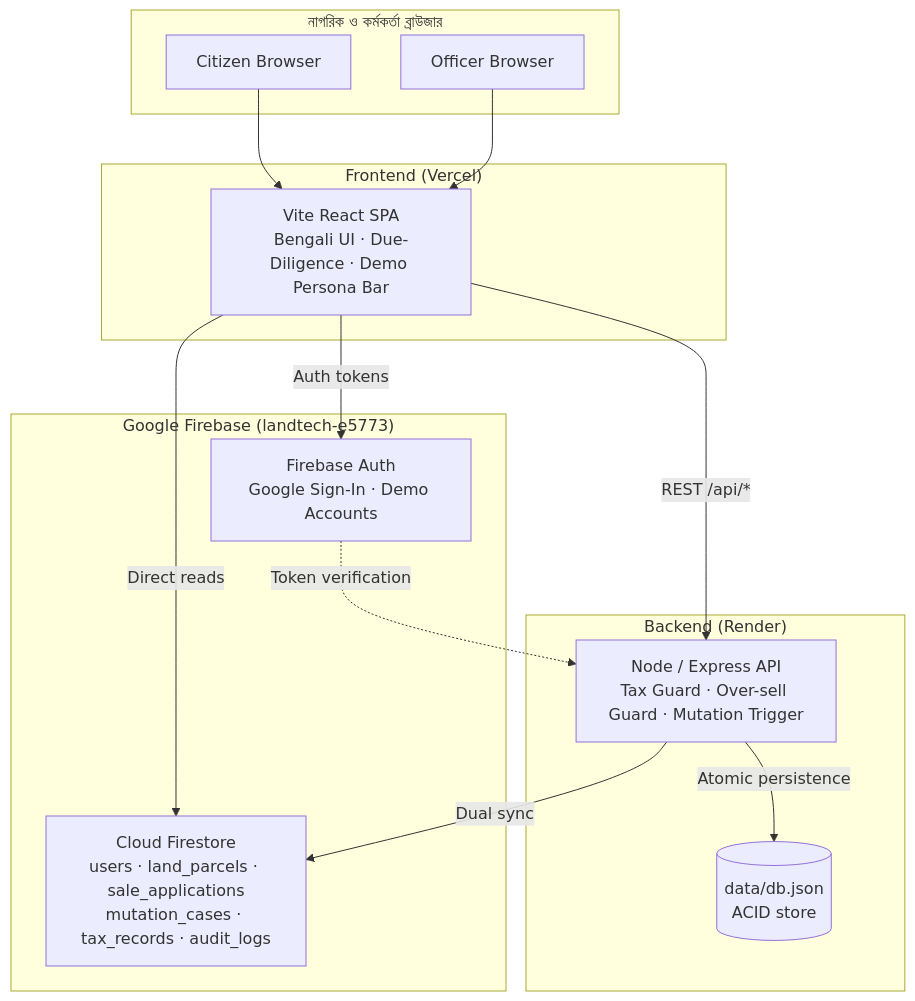
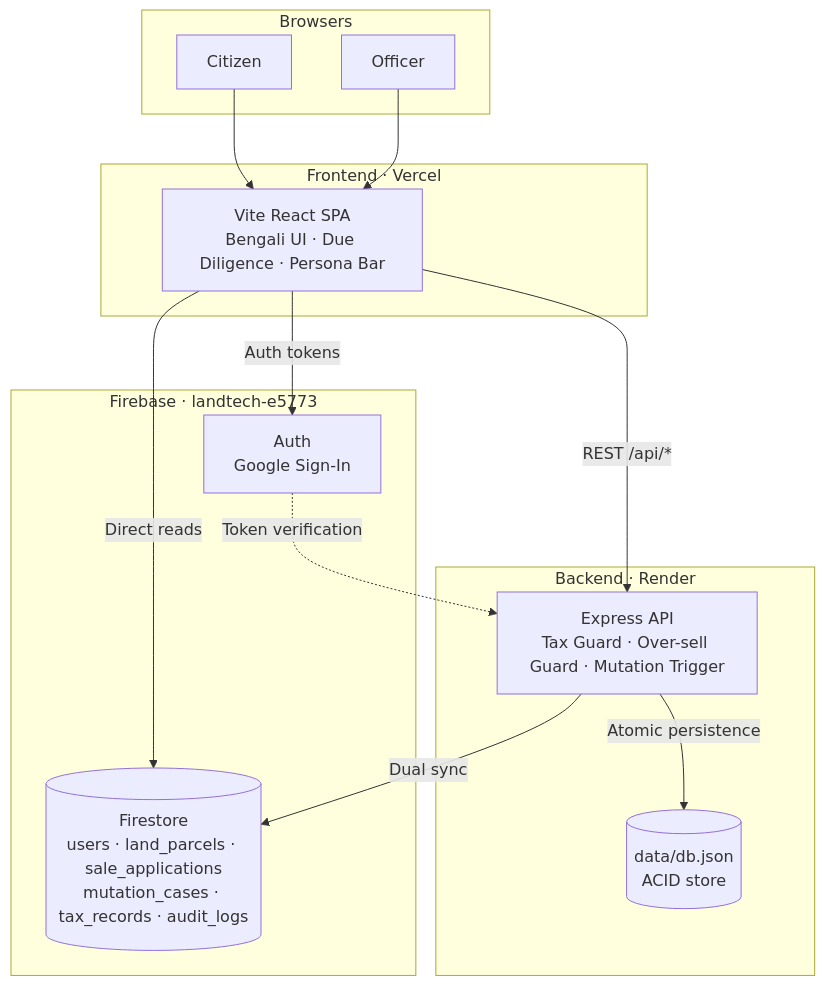
One commit to BornilMahmud/VumiSeba changed the second of 2 diagrams in README.md. Above: the diagram before and after it, drawn with Mermaid. The commit also changed other lines of this file, not shown here.

````diff
--- a/README.md
+++ b/README.md
@@ -374,30 +214,26 @@
 ```mermaid
 flowchart TD
-    subgraph Clients["নাগরিক ও কর্মকর্তা ব্রাউজার"]
-        Citizen[Citizen Browser]
-        Officer[Officer Browser]
+    subgraph Clients["Browsers"]
+        Citizen[Citizen]
+        Officer[Officer]
     end
-
-    subgraph Vercel["Frontend (Vercel)"]
-        App[Vite React SPA<br/>Bengali UI · Due-Diligence · Demo Persona Bar]
+    subgraph Vercel["Frontend · Vercel"]
+        App[Vite React SPA<br/>Bengali UI · Due Diligence · Persona Bar]
     end
-
-    subgraph Firebase["Google Firebase (landtech-e5773)"]
-        Auth[Firebase Auth<br/>Google Sign-In · Demo Accounts]
-        Firestore[Cloud Firestore<br/>users · land_parcels · sale_applications<br/>mutation_cases · tax_records · audit_logs]
+    subgraph Firebase["Firebase · landtech-e5773"]
+        Auth[Auth<br/>Google Sign-In]
+        Firestore[(Firestore<br/>users · land_parcels · sale_applications<br/>mutation_cases · tax_records · audit_logs)]
     end
-
-    subgraph Render["Backend (Render)"]
-        API[Node / Express API<br/>Tax Guard · Over-sell Guard · Mutation Trigger]
+    subgraph Render["Backend · Render"]
+        API[Express API<br/>Tax Guard · Over-sell Guard · Mutation Trigger]
         JSON[(data/db.json<br/>ACID store)]
     end
-
     Citizen --> App
     Officer --> App
     App -->|Auth tokens| Auth
     App -->|Direct reads| Firestore
     App -->|REST /api/*| API
     API -->|Dual sync| Firestore
     API -->|Atomic persistence| JSON
     Auth -.->|Token verification| API
 ```
````
